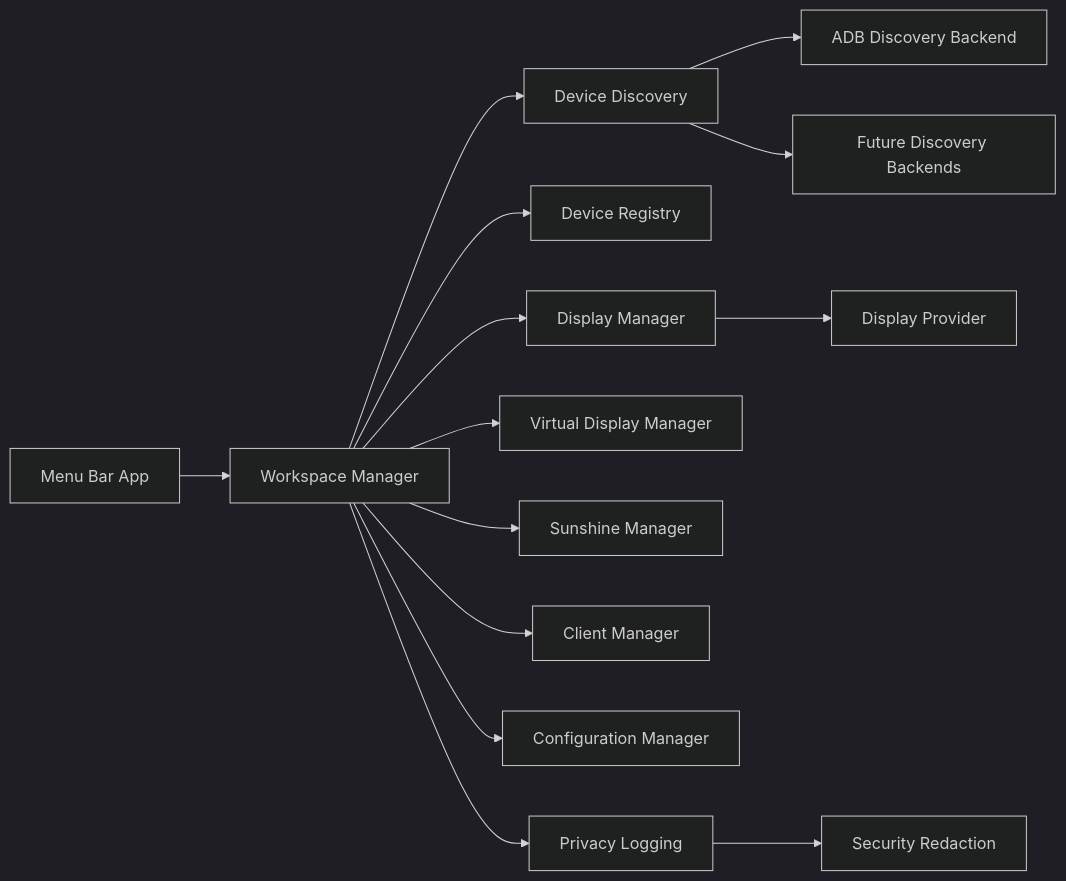
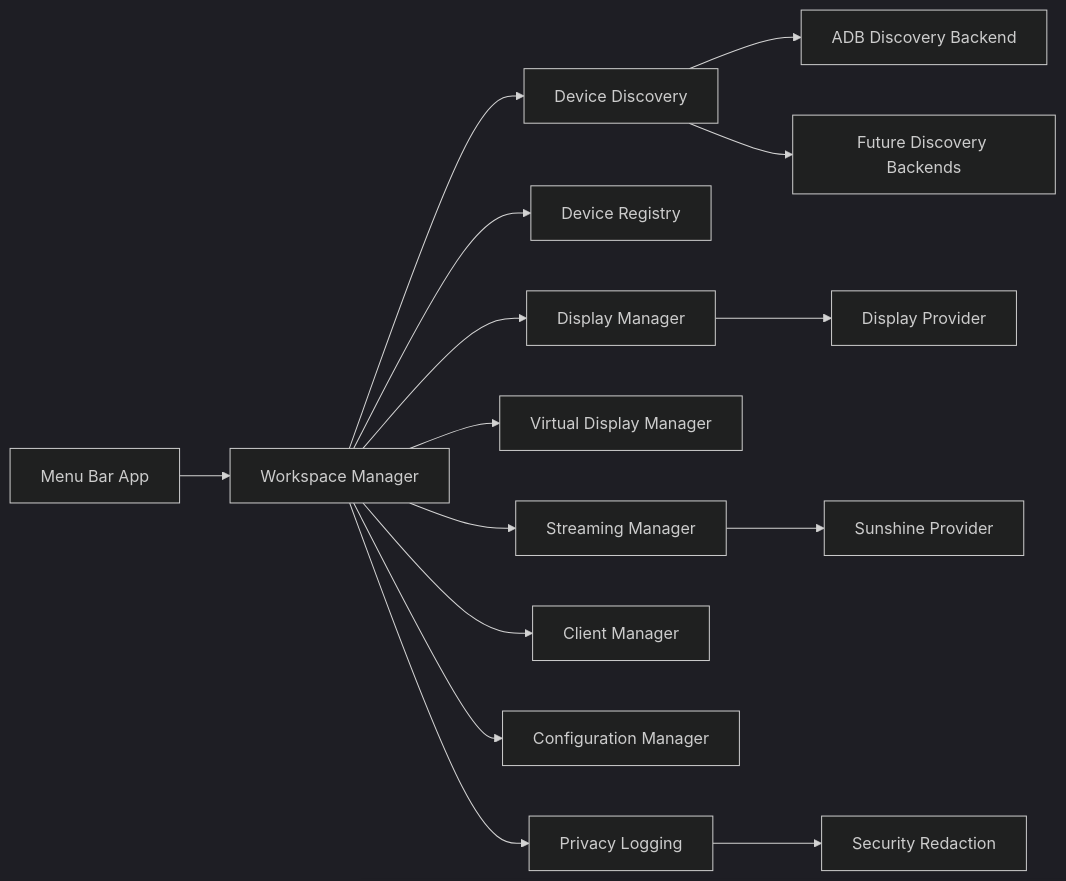
One commit to liuhaitian888-wq/openclaw-ibkr-paper-trading changed the diagram in OpenWorkspace/docs/ARCHITECTURE.md. Above: the diagram before and after it, drawn with Mermaid (dark theme). The commit also changed other lines of this file and 15 other files, not shown here.

Commit message:
Implement Sunshine streaming provider

````diff
--- a/OpenWorkspace/docs/ARCHITECTURE.md
+++ b/OpenWorkspace/docs/ARCHITECTURE.md
@@ -5,31 +5,33 @@
 ```mermaid
 flowchart LR
   App["Menu Bar App"]
   Workspace["Workspace Manager"]
   Discovery["Device Discovery"]
   Registry["Device Registry"]
   Display["Display Manager"]
   Provider["Display Provider"]
   VirtualDisplay["Virtual Display Manager"]
-  Sunshine["Sunshine Manager"]
+  Sunshine["Sunshine Provider"]
+  Streaming["Streaming Manager"]
   Client["Client Manager"]
   Config["Configuration Manager"]
   Logging["Privacy Logging"]
   Security["Security Redaction"]
   ADB["ADB Discovery Backend"]
   FutureDiscovery["Future Discovery Backends"]
 
   App --> Workspace
   Workspace --> Discovery
   Discovery --> ADB
   Discovery --> FutureDiscovery
   Workspace --> Registry
   Workspace --> Display
   Display --> Provider
   Workspace --> VirtualDisplay
-  Workspace --> Sunshine
+  Workspace --> Streaming
+  Streaming --> Sunshine
   Workspace --> Client
   Workspace --> Config
   Workspace --> Logging
   Logging --> Security
 ```
````
